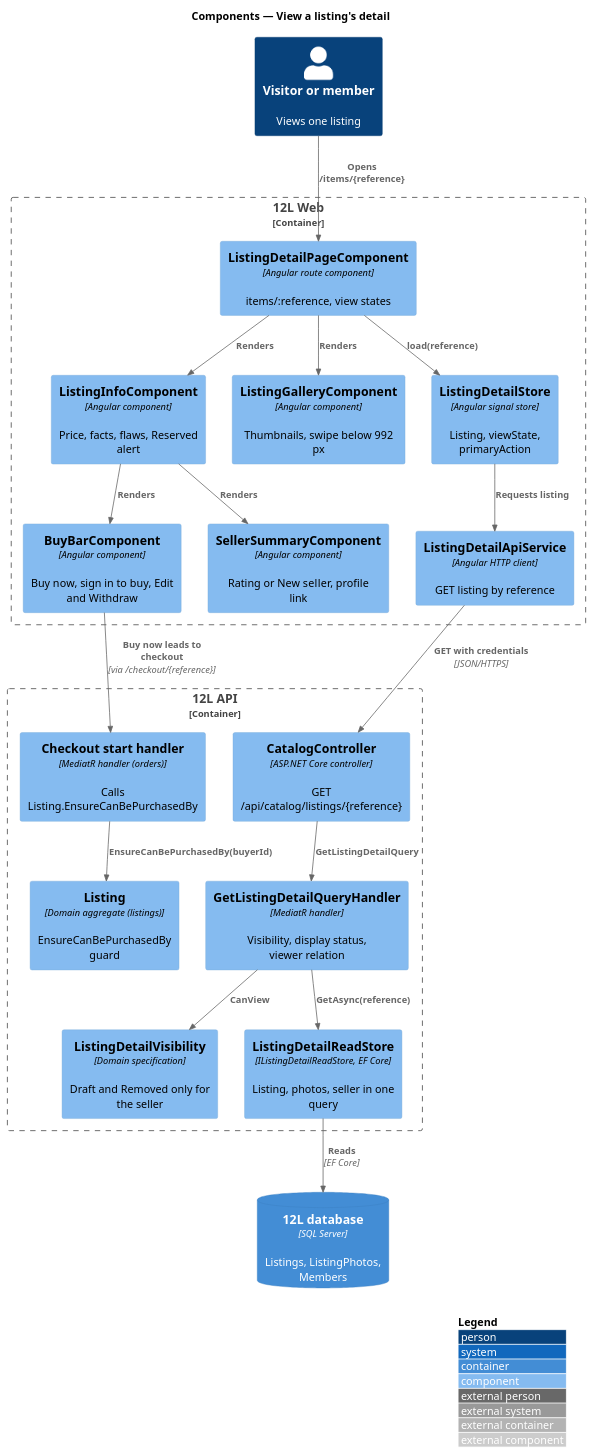
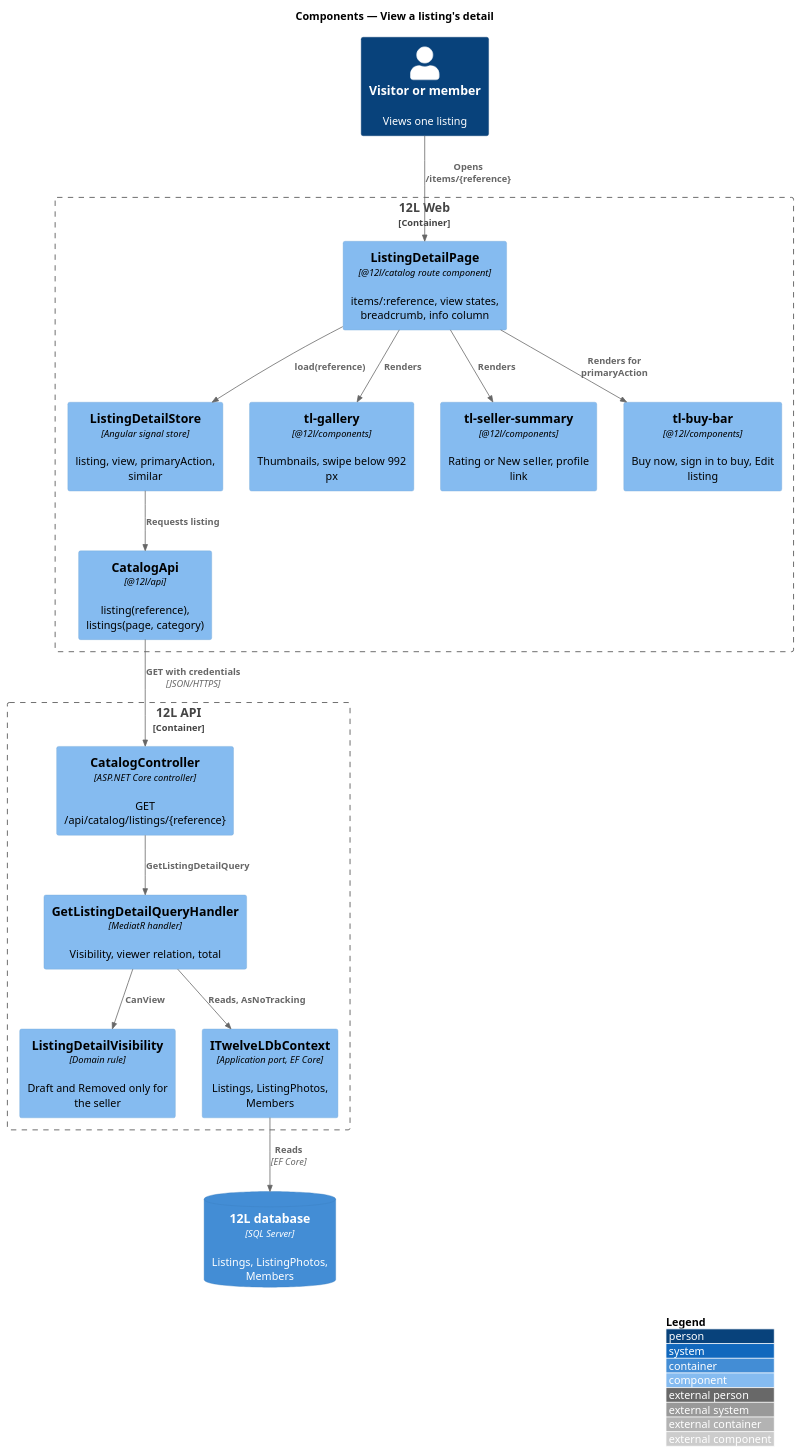
The diagram in docs/detailed-designs/catalog/view-listing-detail/diagrams/c4-component.puml (QuinntyneBrown/12l), drawn with PlantUML before and after one commit. The commit also changed 57 other files, not shown here.

First line of the commit message:
Document view-listing-detail: design, ADR, design system, composition, L2, estimates

```diff
--- a/docs/detailed-designs/catalog/view-listing-detail/diagrams/c4-component.puml
+++ b/docs/detailed-designs/catalog/view-listing-detail/diagrams/c4-component.puml
@@ -1,40 +1,34 @@
 @startuml
 !include <C4/C4_Component>
 LAYOUT_WITH_LEGEND()
 title Components — View a listing's detail
 
 Person(viewer, "Visitor or member", "Views one listing")
 Container_Boundary(web, "12L Web") {
-  Component(page, "ListingDetailPageComponent", "Angular route component", "items/:reference, view states")
-  Component(store, "ListingDetailStore", "Angular signal store", "Listing, viewState, primaryAction")
-  Component(gallery, "ListingGalleryComponent", "Angular component", "Thumbnails, swipe below 992 px")
-  Component(info, "ListingInfoComponent", "Angular component", "Price, facts, flaws, Reserved alert")
-  Component(seller, "SellerSummaryComponent", "Angular component", "Rating or New seller, profile link")
-  Component(buybar, "BuyBarComponent", "Angular component", "Buy now, sign in to buy, Edit and Withdraw")
-  Component(client, "ListingDetailApiService", "Angular HTTP client", "GET listing by reference")
+  Component(page, "ListingDetailPage", "@12l/catalog route component", "items/:reference, view states, breadcrumb, info column")
+  Component(store, "ListingDetailStore", "Angular signal store", "listing, view, primaryAction, similar")
+  Component(gallery, "tl-gallery", "@12l/components", "Thumbnails, swipe below 992 px")
+  Component(seller, "tl-seller-summary", "@12l/components", "Rating or New seller, profile link")
+  Component(buybar, "tl-buy-bar", "@12l/components", "Buy now, sign in to buy, Edit listing")
+  Component(client, "CatalogApi", "@12l/api", "listing(reference), listings(page, category)")
 }
 Container_Boundary(api, "12L API") {
   Component(ctrl, "CatalogController", "ASP.NET Core controller", "GET /api/catalog/listings/{reference}")
-  Component(handler, "GetListingDetailQueryHandler", "MediatR handler", "Visibility, display status, viewer relation")
-  Component(vis, "ListingDetailVisibility", "Domain specification", "Draft and Removed only for the seller")
-  Component(rs, "ListingDetailReadStore", "IListingDetailReadStore, EF Core", "Listing, photos, seller in one query")
-  Component(checkout, "Checkout start handler", "MediatR handler (orders)", "Calls Listing.EnsureCanBePurchasedBy")
-  Component(listing, "Listing", "Domain aggregate (listings)", "EnsureCanBePurchasedBy guard")
+  Component(handler, "GetListingDetailQueryHandler", "MediatR handler", "Visibility, viewer relation, total")
+  Component(vis, "ListingDetailVisibility", "Domain rule", "Draft and Removed only for the seller")
+  Component(dbctx, "ITwelveLDbContext", "Application port, EF Core", "Listings, ListingPhotos, Members")
 }
 ContainerDb(db, "12L database", "SQL Server", "Listings, ListingPhotos, Members")
 
 Rel(viewer, page, "Opens /items/{reference}")
 Rel(page, store, "load(reference)")
 Rel(page, gallery, "Renders")
-Rel(page, info, "Renders")
-Rel(info, seller, "Renders")
-Rel(info, buybar, "Renders")
+Rel(page, seller, "Renders")
+Rel(page, buybar, "Renders for primaryAction")
 Rel(store, client, "Requests listing")
 Rel(client, ctrl, "GET with credentials", "JSON/HTTPS")
 Rel(ctrl, handler, "GetListingDetailQuery")
 Rel(handler, vis, "CanView")
-Rel(handler, rs, "GetAsync(reference)")
-Rel(rs, db, "Reads", "EF Core")
-Rel(buybar, checkout, "Buy now leads to checkout", "via /checkout/{reference}")
-Rel(checkout, listing, "EnsureCanBePurchasedBy(buyerId)")
+Rel(handler, dbctx, "Reads, AsNoTracking")
+Rel(dbctx, db, "Reads", "EF Core")
 @enduml
```
